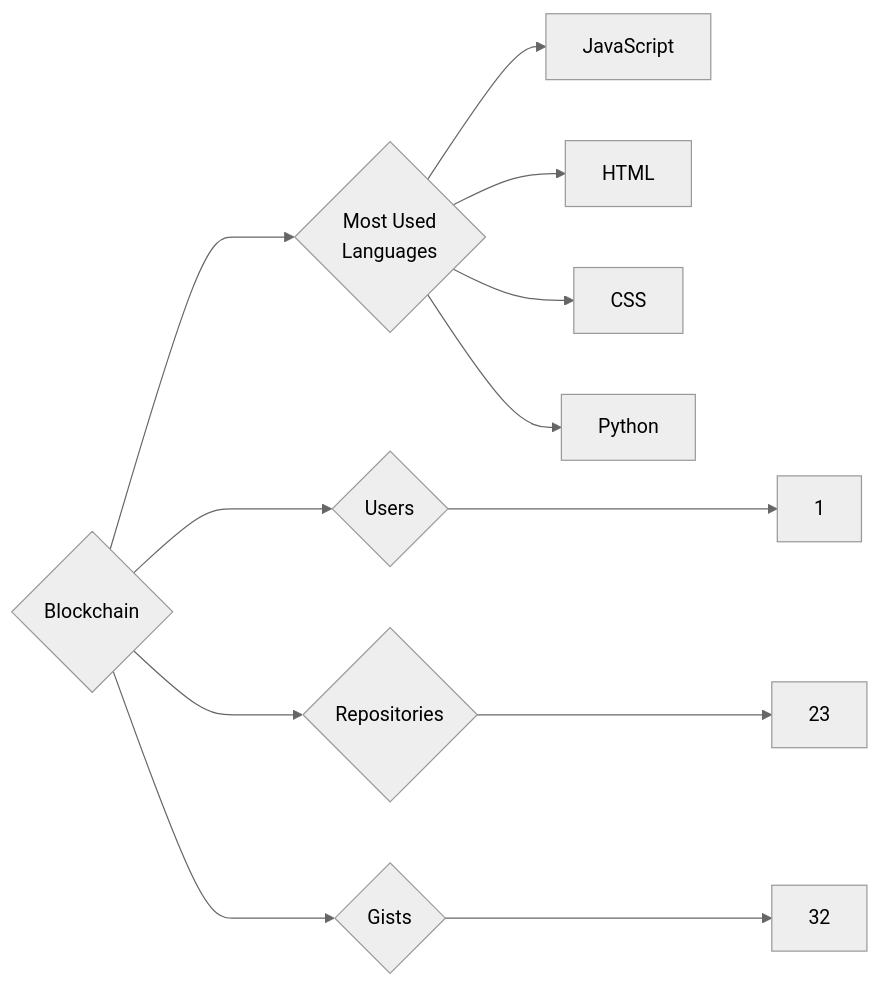
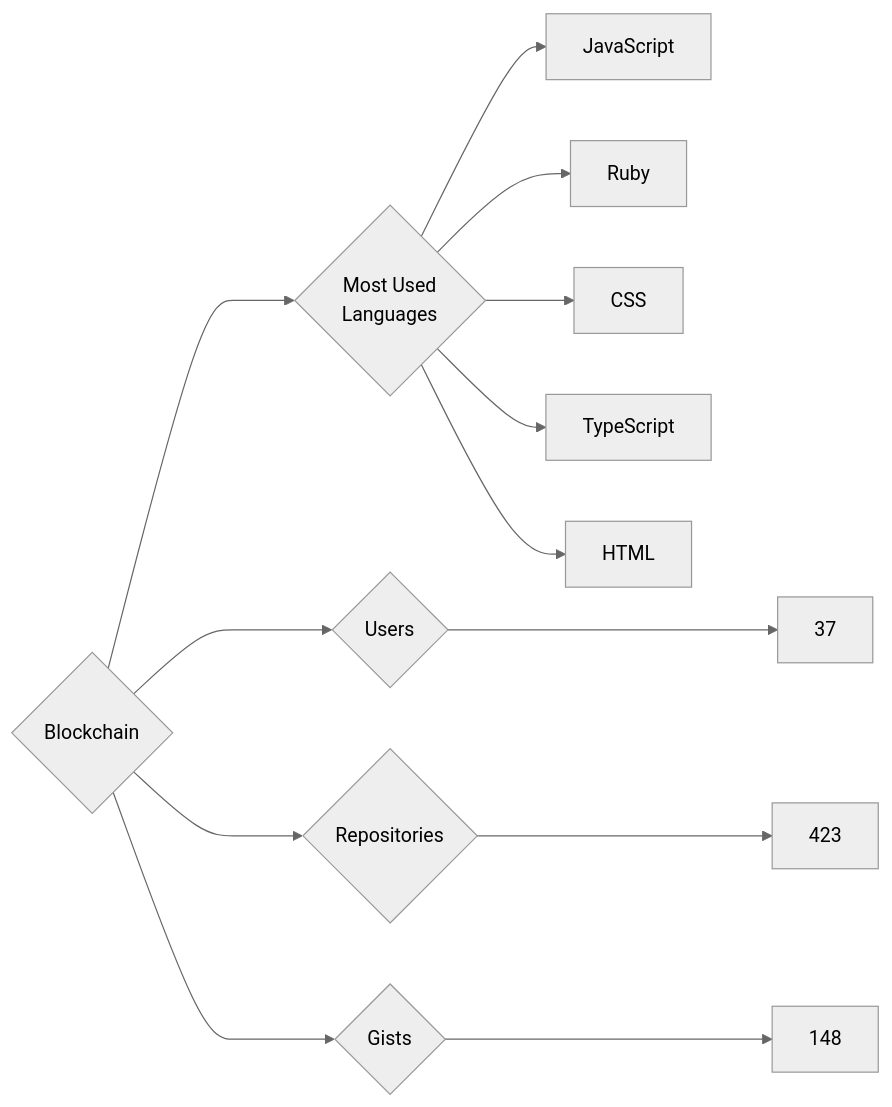
One commit to trickest/insiders changed the diagram in targets/Blockchain/README.md. Above: the diagram before and after it, drawn with Mermaid (neutral theme). The commit also changed 545 other files, not shown here.

````diff
--- a/targets/Blockchain/README.md
+++ b/targets/Blockchain/README.md
@@ -3,12 +3,13 @@
 ```mermaid
 graph LR
 COMPANY_NAME{Blockchain}
-COMPANY_NAME ---> U{Users} ---> UN[1]
-COMPANY_NAME ---> R{Repositories} ---> RN[23]
-COMPANY_NAME ---> G{Gists} ---> GN[32]
+COMPANY_NAME ---> U{Users} ---> UN[37]
+COMPANY_NAME ---> R{Repositories} ---> RN[423]
+COMPANY_NAME ---> G{Gists} ---> GN[148]
 COMPANY_NAME ---> ML{Most Used<br>Languages}
 ML --> JavaScript[JavaScript]
+ML --> Ruby[Ruby]
+ML --> CSS[CSS]
+ML --> TypeScript[TypeScript]
 ML --> HTML[HTML]
-ML --> CSS[CSS]
-ML --> Python[Python]
 ```
````
